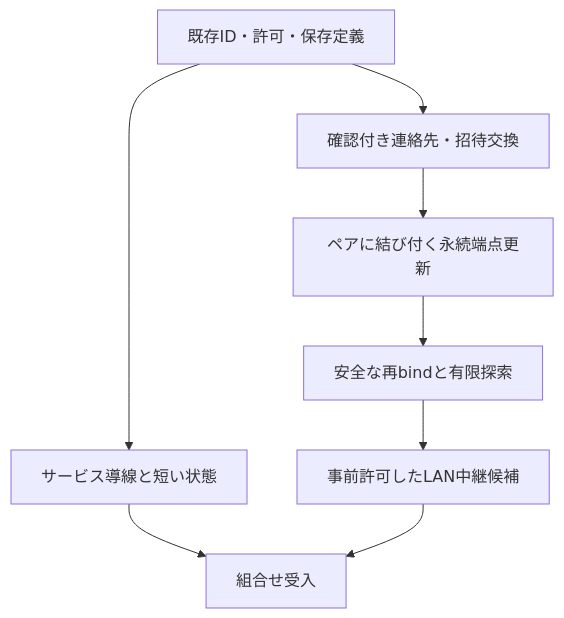
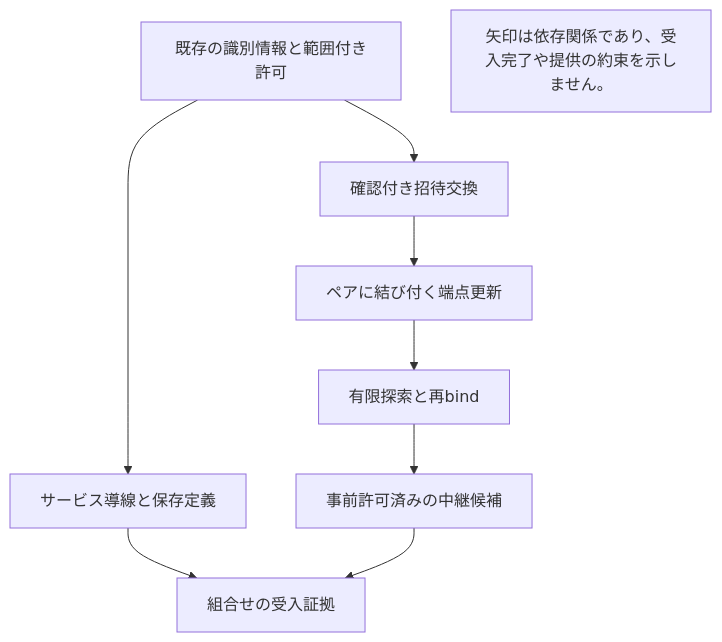
Before and after one commit to webkaz-labs/sobalink: the diagram in docs/CONVENIENCE_PLAN.ja.md, drawn with Mermaid. The commit also changed 238 other files, not shown here.

First line of the commit message:
docs: explain workflows with distinct diagrams and real screen examples (#60)

````diff
--- a/docs/CONVENIENCE_PLAN.ja.md
+++ b/docs/CONVENIENCE_PLAN.ja.md
@@ -67,10 +67,14 @@
 ```mermaid
 flowchart TD
-    A["既存ID・許可・保存定義"] --> B["サービス導線と短い状態"]
-    A --> C["確認付き連絡先・招待交換"]
-    C --> D["ペアに結び付く永続端点更新"]
-    D --> E["安全な再bindと有限探索"]
-    E --> F["事前許可したLAN中継候補"]
-    B --> G["組合せ受入"]
-    F --> G
+ accTitle: 利便性計画の依存関係
+ accDescr: 矢印は依存関係であり、受入完了や提供の約束を示しません。
+ A["既存の識別情報と範囲付き許可"] --> B["サービス導線と保存定義"]
+ A --> C["確認付き招待交換"]
+ C --> D["ペアに結び付く端点更新"]
+ D --> E["有限探索と再bind"]
+ E --> F["事前許可済みの中継候補"]
+ B --> G["組合せの受入証拠"]
+ F --> G
+
+ LIMIT["矢印は依存関係であり、受入完了や提供の約束を示しません。"]
 ```
````
